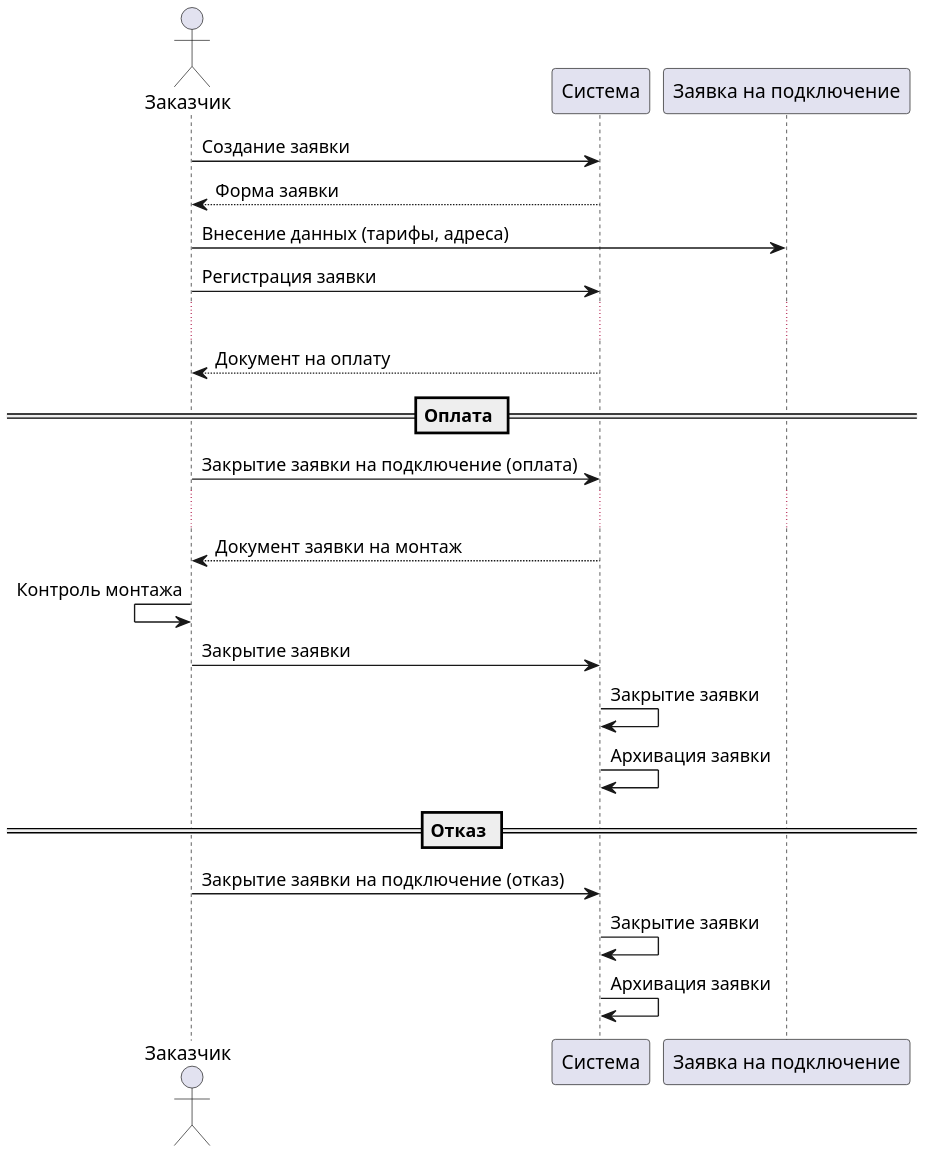
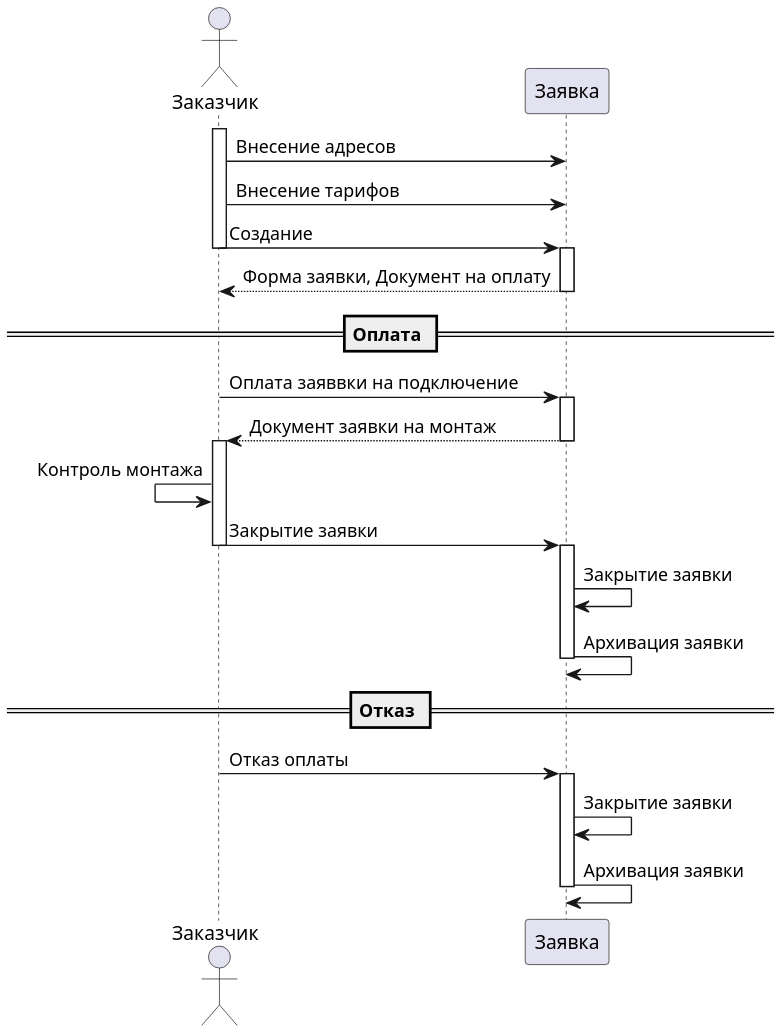
One commit to Gradergage/software-design-2018 changed the first of 4 diagrams in src/uml/dynamic.puml. Above: the diagram before and after it, drawn with PlantUML. The commit also changed other lines of this file and 16 other files, not shown here.

```diff
--- a/src/uml/dynamic.puml
+++ b/src/uml/dynamic.puml
@@ -1,37 +1,41 @@
 @startuml
 'Заказчик'
 skinparam dpi 180
 actor Заказчик as A
 
-participant "Система" as D
-participant "Заявка на подключение" as B
+participant "Заявка" as D
 
-A -> D : Создание заявки
+activate A
+A -> D : Внесение адресов
+A -> D : Внесение тарифов
+A -> D : Создание
+deactivate A
 
-D --> A : Форма заявки
+activate D
+D --> A : Форма заявки, Документ на оплату
+deactivate D
 
 
-A -> B : Внесение данных (тарифы, адреса)
+== Оплата ==
+A -> D : Оплата заяввки на подключение
 
-A -> D : Регистрация заявки
-
-
-...
-A <-- D : Документ на оплату
-
-== Оплата ==
-A -> D : Закрытие заявки на подключение (оплата)
-...
-
+activate D
 A <--D : Документ заявки на монтаж
+deactivate D
+activate A
 A <-A : Контроль монтажа
 A -> D : Закрытие заявки
+deactivate A
+
+activate D
 D -> D : Закрытие заявки
 D -> D : Архивация заявки
+deactivate D
 == Отказ ==
-A -> D : Закрытие заявки на подключение (отказ)
+A -> D : Отказ оплаты
+activate D
 D -> D : Закрытие заявки
 D -> D : Архивация заявки
-
+deactivate D
 
 @enduml
```
